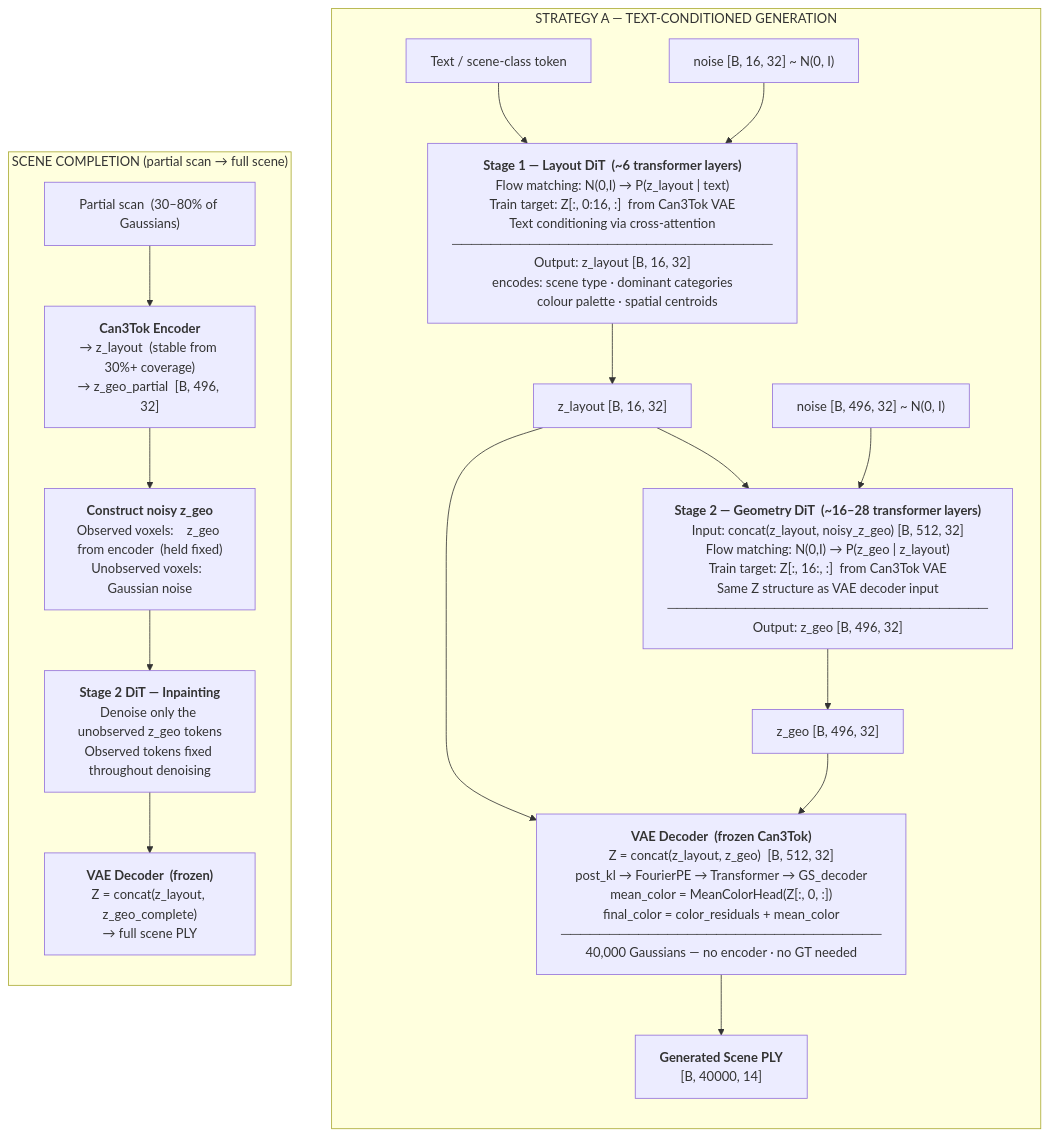
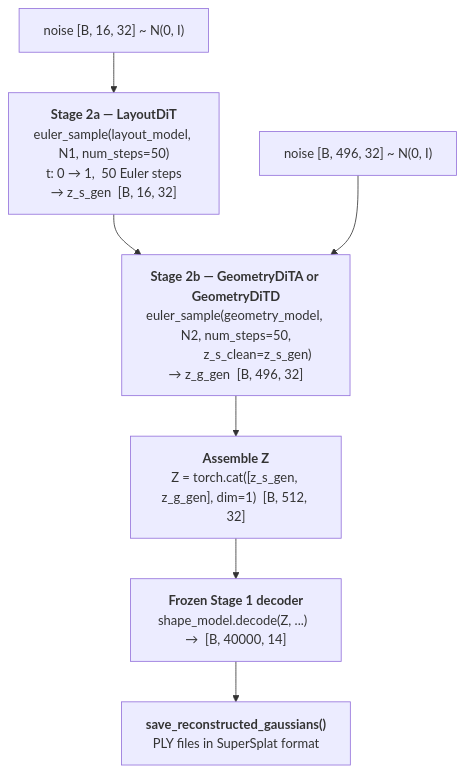
Before and after one commit to Hafeezmhk7/Semantic-Scene-Completion: the eighth of 9 diagrams in stage2/README_STAGE2.MD, drawn with Mermaid. The commit also changed other lines of this file, not shown here.

Commit message:
Adding readme file for stage 2

````diff
--- a/stage2/README_STAGE2.MD
+++ b/stage2/README_STAGE2.MD
@@ -623,40 +524,19 @@
 ```mermaid
 flowchart TD
-    subgraph GEN["STRATEGY A — TEXT-CONDITIONED GENERATION"]
-        direction TB
-        TEXT["Text / scene-class token"]
-        N1["noise [B, 16, 32]  ~  N(0, I)"]
+    N1["noise  [B, 16, 32]  ~ N(0, I)"]
+    N2["noise  [B, 496, 32]  ~ N(0, I)"]
 
-        D1["<b>Stage 1 — Layout DiT  (~6 transformer layers)</b><br/>Flow matching: N(0,I) → P(z_layout | text)<br/>Train target: Z[:, 0:16, :]  from Can3Tok VAE<br/>Text conditioning via cross-attention<br/>─────────────────────────────────<br/>Output: z_layout [B, 16, 32]<br/>encodes: scene type · dominant categories<br/>         colour palette · spatial centroids"]
+    A["<b>Stage 2a — LayoutDiT</b><br/>euler_sample(layout_model, N1, num_steps=50)<br/>t: 0 → 1,  50 Euler steps<br/>→ z_s_gen  [B, 16, 32]"]
 
-        ZL_GEN["z_layout  [B, 16, 32]"]
-        N2["noise [B, 496, 32]  ~  N(0, I)"]
+    B["<b>Stage 2b — GeometryDiTA or GeometryDiTD</b><br/>euler_sample(geometry_model, N2, num_steps=50,<br/>             z_s_clean=z_s_gen)<br/>→ z_g_gen  [B, 496, 32]"]
 
-        D2["<b>Stage 2 — Geometry DiT  (~16–28 transformer layers)</b><br/>Input: concat(z_layout, noisy_z_geo) [B, 512, 32]<br/>Flow matching: N(0,I) → P(z_geo | z_layout)<br/>Train target: Z[:, 16:, :]  from Can3Tok VAE<br/>Same Z structure as VAE decoder input<br/>─────────────────────────────────<br/>Output: z_geo [B, 496, 32]"]
+    C["<b>Assemble Z</b><br/>Z = torch.cat([z_s_gen, z_g_gen], dim=1)  [B, 512, 32]"]
 
-        ZG_GEN["z_geo  [B, 496, 32]"]
+    D["<b>Frozen Stage 1 decoder</b><br/>shape_model.decode(Z, ...)  →  [B, 40000, 14]"]
 
-        DECODE["<b>VAE Decoder  (frozen Can3Tok)</b><br/>Z = concat(z_layout, z_geo)  [B, 512, 32]<br/>post_kl → FourierPE → Transformer → GS_decoder<br/>mean_color = MeanColorHead(Z[:, 0, :])<br/>final_color = color_residuals + mean_color<br/>─────────────────────────────────<br/>40,000 Gaussians — no encoder · no GT needed"]
+    E["<b>save_reconstructed_gaussians()</b><br/>PLY files in SuperSplat format"]
 
-        PLY["<b>Generated Scene PLY</b><br/>[B, 40000, 14]"]
-
-        TEXT --> D1
-        N1   --> D1
-        D1   --> ZL_GEN --> D2
-        N2   --> D2
-        D2   --> ZG_GEN
-        ZL_GEN --> DECODE
-        ZG_GEN --> DECODE
-        DECODE --> PLY
-    end
-
-    subgraph COMP["SCENE COMPLETION  (partial scan → full scene)"]
-        direction TB
-        PARTIAL["Partial scan  (30–80% of Gaussians)"]
-        ENC_P["<b>Can3Tok Encoder</b><br/>→ z_layout  (stable from 30%+ coverage)<br/>→ z_geo_partial  [B, 496, 32]"]
-        MASK["<b>Construct noisy z_geo</b><br/>Observed voxels:    z_geo from encoder  (held fixed)<br/>Unobserved voxels:  Gaussian noise"]
-        INPAINT["<b>Stage 2 DiT — Inpainting</b><br/>Denoise only the unobserved z_geo tokens<br/>Observed tokens fixed throughout denoising"]
-        FULL["<b>VAE Decoder  (frozen)</b><br/>Z = concat(z_layout, z_geo_complete)<br/>→ full scene PLY"]
-        PARTIAL --> ENC_P --> MASK --> INPAINT --> FULL
-    end
+    N1 --> A --> B
+    N2 --> B
+    B --> C --> D --> E
 ```
````
